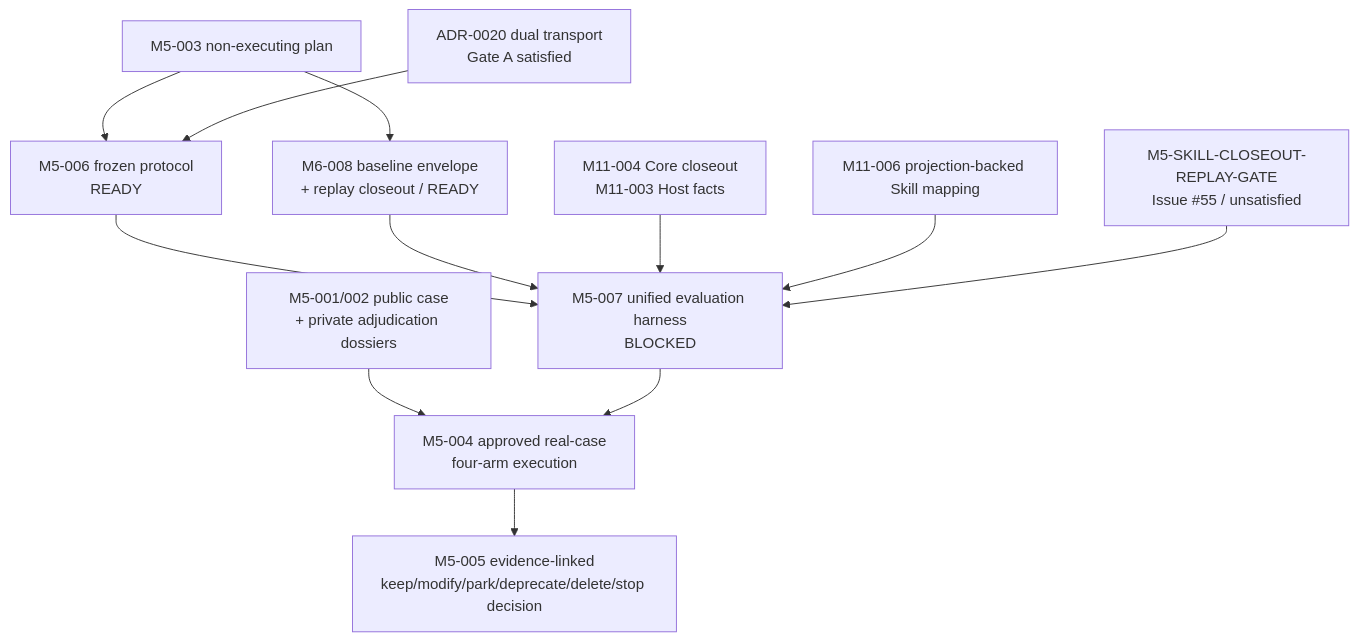
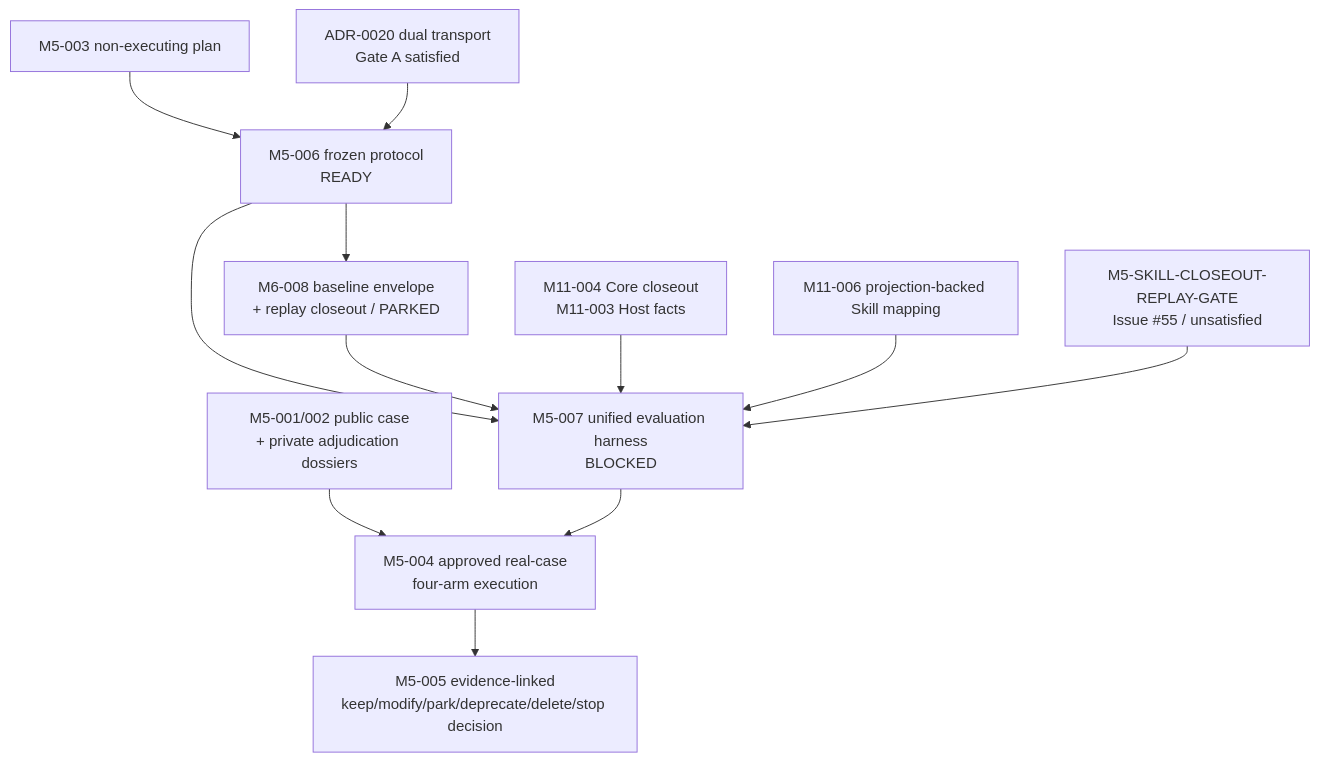
One commit to Chengyue-Lu/research-agent-workbench changed the second of 2 diagrams in docs/DEVELOPER_ARCHITECTURE_MAP.md. Above: the diagram before and after it, drawn with Mermaid. The commit also changed other lines of this file and 9 other files, not shown here.

````diff
--- a/docs/DEVELOPER_ARCHITECTURE_MAP.md
+++ b/docs/DEVELOPER_ARCHITECTURE_MAP.md
@@ -407,14 +407,14 @@
 ```mermaid
 flowchart TD
     M5003["M5-003 non-executing plan"] --> M5006["M5-006 frozen protocol<br/>READY"]
     BTG["ADR-0020 dual transport<br/>Gate A satisfied"] --> M5006
     M5006 --> M5007["M5-007 unified evaluation harness<br/>BLOCKED"]
-    M5003 --> M6008
-    M6008["M6-008 baseline envelope<br/>+ replay closeout / READY"] --> M5007
+    M5006 --> M6008["M6-008 baseline envelope<br/>+ replay closeout / PARKED"]
+    M6008 --> M5007
     M1104["M11-004 Core closeout<br/>M11-003 Host facts"] --> M5007
     M1106["M11-006 projection-backed Skill mapping"] --> M5007
     SCG["M5-SKILL-CLOSEOUT-REPLAY-GATE<br/>Issue #55 / unsatisfied"] --> M5007
     M5001["M5-001/002 public case<br/>+ private adjudication dossiers"] --> M5004["M5-004 approved real-case<br/>four-arm execution"]
     M5007 --> M5004
     M5004 --> M5005["M5-005 evidence-linked<br/>keep/modify/park/deprecate/delete/stop decision"]
 ```
````
